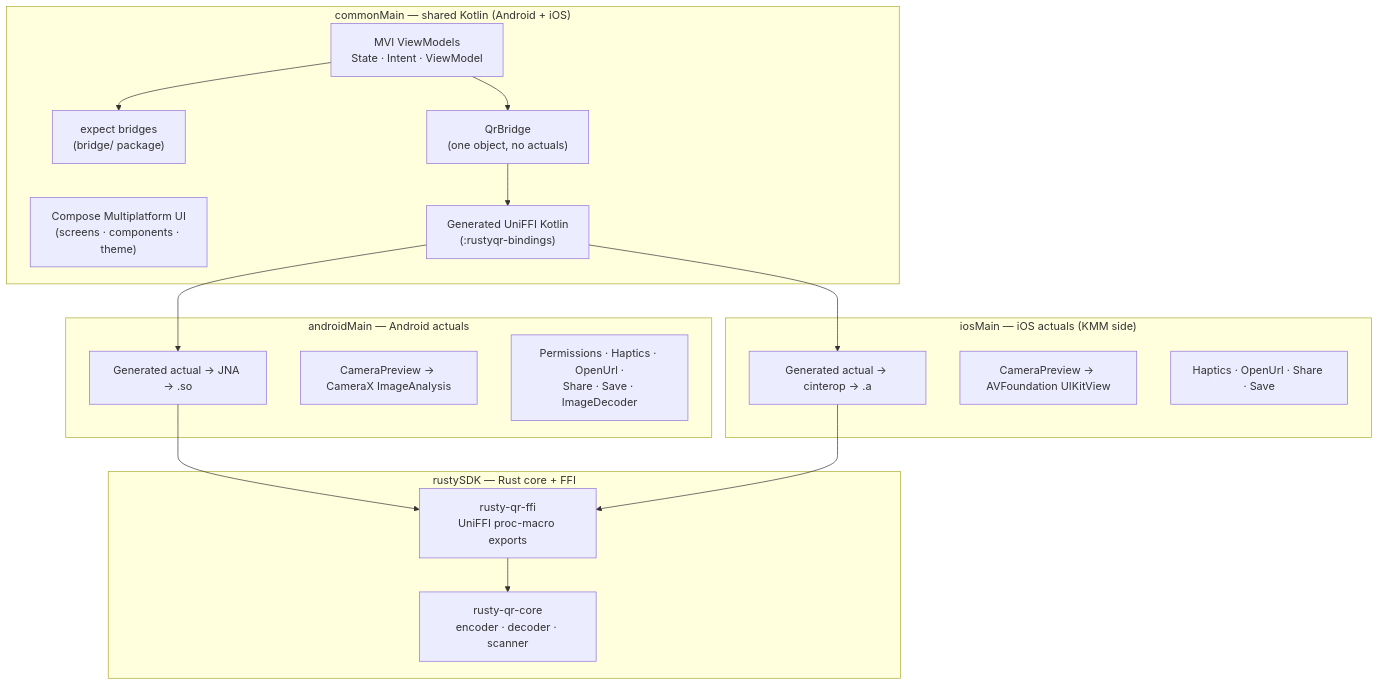
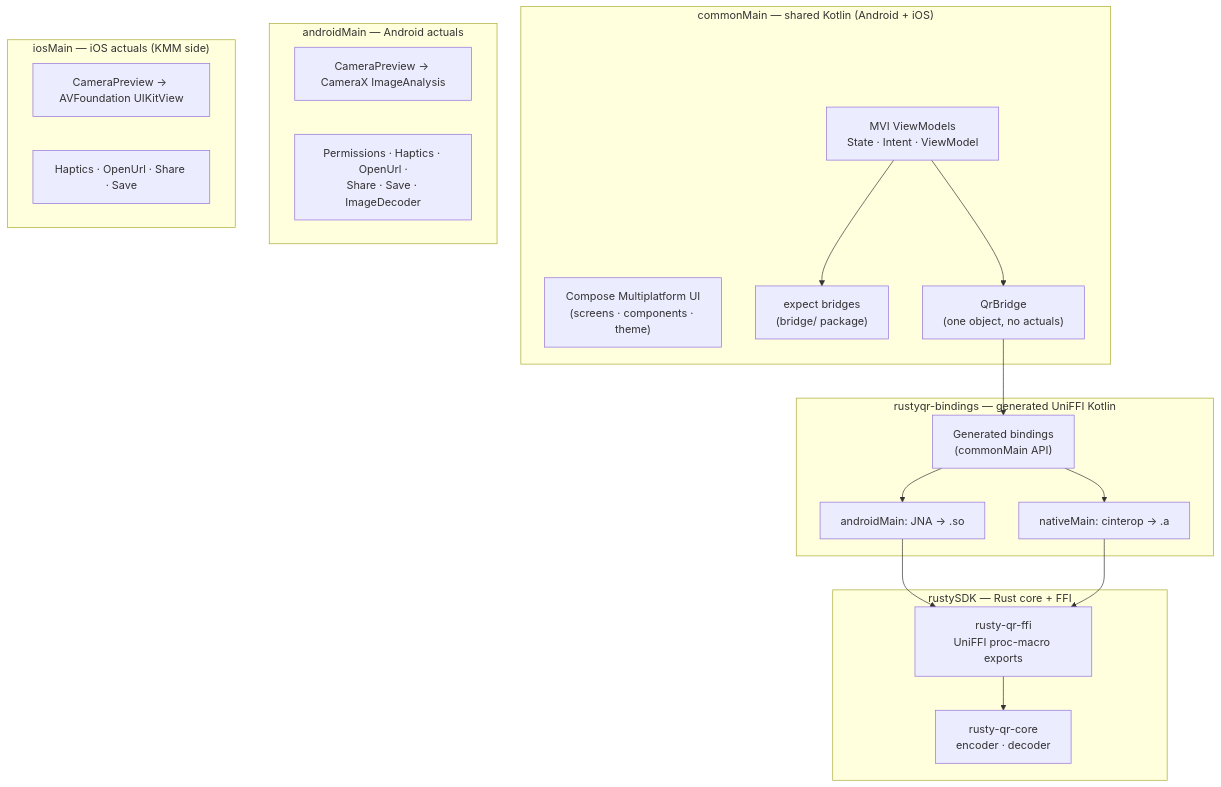
Before and after one commit to prasannajeet/RustyQR: the first of 3 diagrams in README.md, drawn with Mermaid. The commit also changed other lines of this file and 7 other files, not shown here.

````diff
--- a/README.md
+++ b/README.md
@@ -226,36 +229,39 @@
 ```mermaid
 graph TB
     subgraph "commonMain — shared Kotlin (Android + iOS)"
         UI["Compose Multiplatform UI<br/>(screens · components · theme)"]
         MVI["MVI ViewModels<br/>State · Intent · ViewModel"]
         BRIDGE_EXP["expect bridges<br/>(bridge/ package)"]
         QRB["QrBridge<br/>(one object, no actuals)"]
-        BIND["Generated UniFFI Kotlin<br/>(:rustyqr-bindings)"]
+    end
+
+    subgraph "rustyqr-bindings — generated UniFFI Kotlin"
+        BIND["Generated bindings<br/>(commonMain API)"]
+        BRIDGE_AND["androidMain: JNA → .so"]
+        BRIDGE_IOS["nativeMain: cinterop → .a"]
     end
 
     subgraph "androidMain — Android actuals"
-        BRIDGE_AND["Generated actual → JNA → .so"]
         CAM_AND["CameraPreview → CameraX ImageAnalysis"]
         MISC_AND["Permissions · Haptics · OpenUrl ·<br/>Share · Save · ImageDecoder"]
     end
 
     subgraph "iosMain — iOS actuals (KMM side)"
-        BRIDGE_IOS["Generated actual → cinterop → .a"]
         CAM_IOS["CameraPreview → AVFoundation UIKitView"]
         MISC_IOS["Haptics · OpenUrl · Share · Save"]
     end
 
     subgraph "rustySDK — Rust core + FFI"
         FFI["rusty-qr-ffi<br/>UniFFI proc-macro exports"]
-        CORE["rusty-qr-core<br/>encoder · decoder · scanner"]
+        CORE["rusty-qr-core<br/>encoder · decoder"]
     end
 
     MVI --> QRB
     QRB --> BIND
     BIND --> BRIDGE_AND
     BIND --> BRIDGE_IOS
     BRIDGE_AND --> FFI
     BRIDGE_IOS --> FFI
     FFI --> CORE
     MVI --> BRIDGE_EXP
 ```
````
